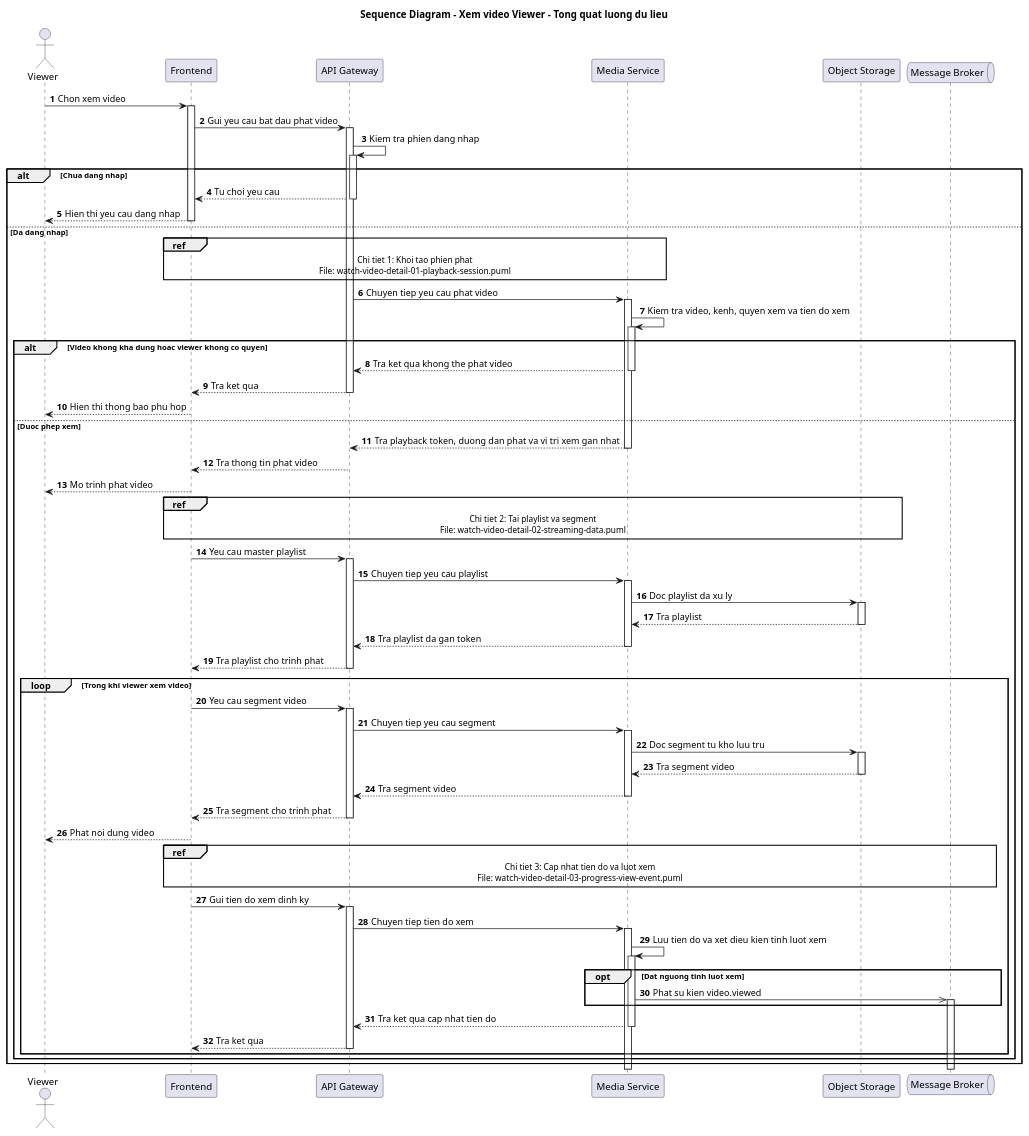
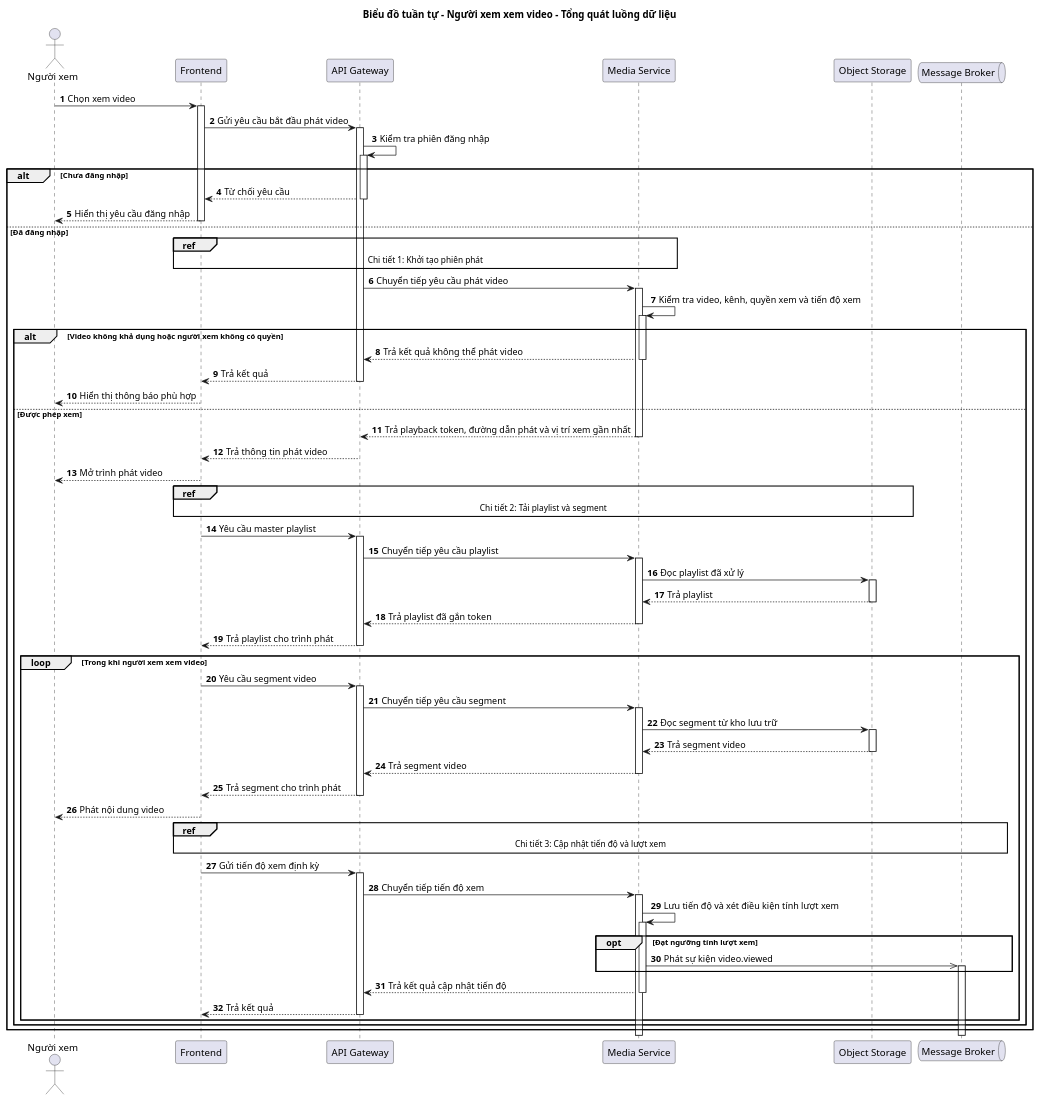
One commit to nanhph04/media-serivce-da changed the diagram in docs/sequence-diagrams/watch-video/watch-video-overview.puml. Above: the diagram before and after it, drawn with PlantUML. The commit also changed 13 other files, not shown here.

First line of the commit message:
Refactor video unlock and upload sequence diagrams

```diff
--- a/docs/sequence-diagrams/watch-video/watch-video-overview.puml
+++ b/docs/sequence-diagrams/watch-video/watch-video-overview.puml
@@ -1,78 +1,75 @@
 @startuml
-title Sequence Diagram - Xem video Viewer - Tong quat luong du lieu
+title Biểu đồ tuần tự - Người xem xem video - Tổng quát luồng dữ liệu
 autonumber
 autoactivate on
 
-actor "Viewer" as Viewer
+actor "Người xem" as Viewer
 participant "Frontend" as FE
 participant "API Gateway" as GW
 participant "Media Service" as MS
 participant "Object Storage" as Storage
 queue "Message Broker" as Broker
 
-Viewer -> FE: Chon xem video
-FE -> GW: Gui yeu cau bat dau phat video
-GW -> GW: Kiem tra phien dang nhap
+Viewer -> FE: Chọn xem video
+FE -> GW: Gửi yêu cầu bắt đầu phát video
+GW -> GW: Kiểm tra phiên đăng nhập
 
-alt Chua dang nhap
-  GW --> FE: Tu choi yeu cau
-  FE --> Viewer: Hien thi yeu cau dang nhap
-else Da dang nhap
+alt Chưa đăng nhập
+  GW --> FE: Từ chối yêu cầu
+  FE --> Viewer: Hiển thị yêu cầu đăng nhập
+else Đã đăng nhập
   ref over FE, GW, MS
-    Chi tiet 1: Khoi tao phien phat
-    File: watch-video-detail-01-playback-session.puml
+    Chi tiết 1: Khởi tạo phiên phát
   end ref
 
-  GW -> MS: Chuyen tiep yeu cau phat video
-  MS -> MS: Kiem tra video, kenh, quyen xem va tien do xem
+  GW -> MS: Chuyển tiếp yêu cầu phát video
+  MS -> MS: Kiểm tra video, kênh, quyền xem và tiến độ xem
 
-  alt Video khong kha dung hoac viewer khong co quyen
-    MS --> GW: Tra ket qua khong the phat video
-    GW --> FE: Tra ket qua
-    FE --> Viewer: Hien thi thong bao phu hop
-  else Duoc phep xem
-    MS --> GW: Tra playback token, duong dan phat va vi tri xem gan nhat
-    GW --> FE: Tra thong tin phat video
-    FE --> Viewer: Mo trinh phat video
+  alt Video không khả dụng hoặc người xem không có quyền
+    MS --> GW: Trả kết quả không thể phát video
+    GW --> FE: Trả kết quả
+    FE --> Viewer: Hiển thị thông báo phù hợp
+  else Được phép xem
+    MS --> GW: Trả playback token, đường dẫn phát và vị trí xem gần nhất
+    GW --> FE: Trả thông tin phát video
+    FE --> Viewer: Mở trình phát video
 
     ref over FE, GW, MS, Storage
-      Chi tiet 2: Tai playlist va segment
-      File: watch-video-detail-02-streaming-data.puml
+      Chi tiết 2: Tải playlist và segment
     end ref
 
-    FE -> GW: Yeu cau master playlist
-    GW -> MS: Chuyen tiep yeu cau playlist
-    MS -> Storage: Doc playlist da xu ly
-    Storage --> MS: Tra playlist
-    MS --> GW: Tra playlist da gan token
-    GW --> FE: Tra playlist cho trinh phat
+    FE -> GW: Yêu cầu master playlist
+    GW -> MS: Chuyển tiếp yêu cầu playlist
+    MS -> Storage: Đọc playlist đã xử lý
+    Storage --> MS: Trả playlist
+    MS --> GW: Trả playlist đã gắn token
+    GW --> FE: Trả playlist cho trình phát
 
-    loop Trong khi viewer xem video
-      FE -> GW: Yeu cau segment video
-      GW -> MS: Chuyen tiep yeu cau segment
-      MS -> Storage: Doc segment tu kho luu tru
-      Storage --> MS: Tra segment video
-      MS --> GW: Tra segment video
-      GW --> FE: Tra segment cho trinh phat
-      FE --> Viewer: Phat noi dung video
+    loop Trong khi người xem xem video
+      FE -> GW: Yêu cầu segment video
+      GW -> MS: Chuyển tiếp yêu cầu segment
+      MS -> Storage: Đọc segment từ kho lưu trữ
+      Storage --> MS: Trả segment video
+      MS --> GW: Trả segment video
+      GW --> FE: Trả segment cho trình phát
+      FE --> Viewer: Phát nội dung video
 
       ref over FE, GW, MS, Broker
-        Chi tiet 3: Cap nhat tien do va luot xem
-        File: watch-video-detail-03-progress-view-event.puml
+        Chi tiết 3: Cập nhật tiến độ và lượt xem
       end ref
 
-      FE -> GW: Gui tien do xem dinh ky
-      GW -> MS: Chuyen tiep tien do xem
-      MS -> MS: Luu tien do va xet dieu kien tinh luot xem
+      FE -> GW: Gửi tiến độ xem định kỳ
+      GW -> MS: Chuyển tiếp tiến độ xem
+      MS -> MS: Lưu tiến độ và xét điều kiện tính lượt xem
 
-      opt Dat nguong tinh luot xem
-        MS ->> Broker: Phat su kien video.viewed
+      opt Đạt ngưỡng tính lượt xem
+        MS ->> Broker: Phát sự kiện video.viewed
       end
 
-      MS --> GW: Tra ket qua cap nhat tien do
-      GW --> FE: Tra ket qua
+      MS --> GW: Trả kết quả cập nhật tiến độ
+      GW --> FE: Trả kết quả
     end
   end
 end
 
 @enduml
```
